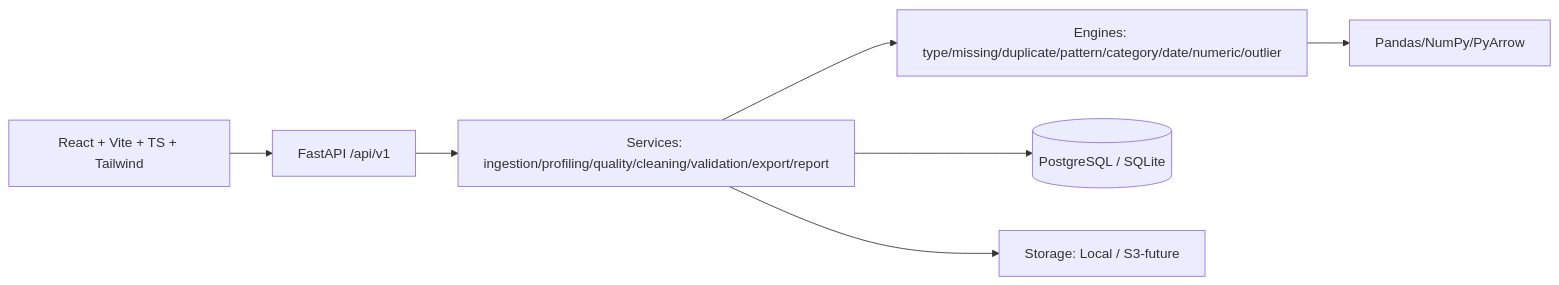
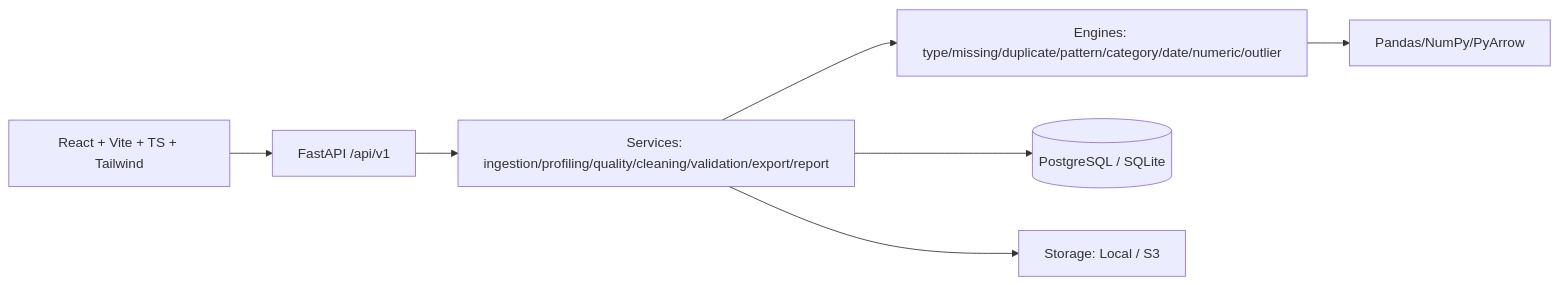
The diagram in README.md (Marusan94/dq-observatory), drawn with Mermaid before and after one commit. The commit also changed other lines of this file, not shown here.

````diff
--- a/README.md
+++ b/README.md
@@ -223,9 +223,9 @@
 ```mermaid
 flowchart LR
   FE[React + Vite + TS + Tailwind] --> API[FastAPI /api/v1]
   API --> SVC[Services: ingestion/profiling/quality/cleaning/validation/export/report]
   SVC --> ENG[Engines: type/missing/duplicate/pattern/category/date/numeric/outlier]
   ENG --> PAN[Pandas/NumPy/PyArrow]
   SVC --> DB[(PostgreSQL / SQLite)]
-  SVC --> STO[Storage: Local / S3-future]
+  SVC --> STO[Storage: Local / S3]
 ```
````
